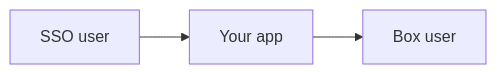
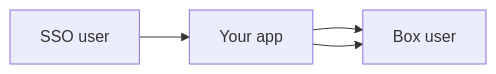
The diagram in content/guides/identity-management/index.md (box/developer.box.com), drawn with Mermaid before and after one commit.

Commit message:
WIP for MermaidJS support

````diff
--- a/content/guides/identity-management/index.md
+++ b/content/guides/identity-management/index.md
@@ -19,5 +19,6 @@
 ```mermaid;height=100px,width=500px
 graph LR
    a[SSO user] --> b[Your app]
    b[Your app] --> c[Box user]
+   b --> c[Box user]
 ```
````
